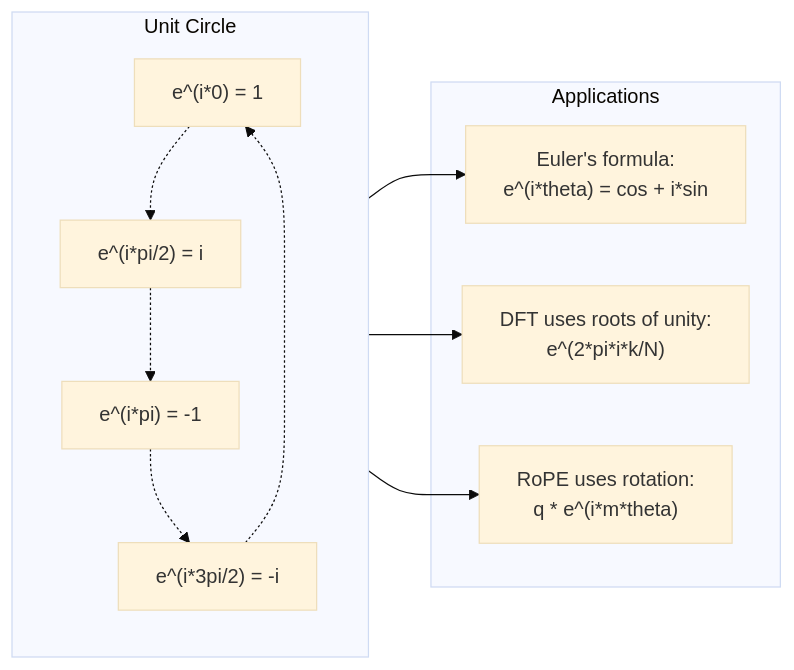
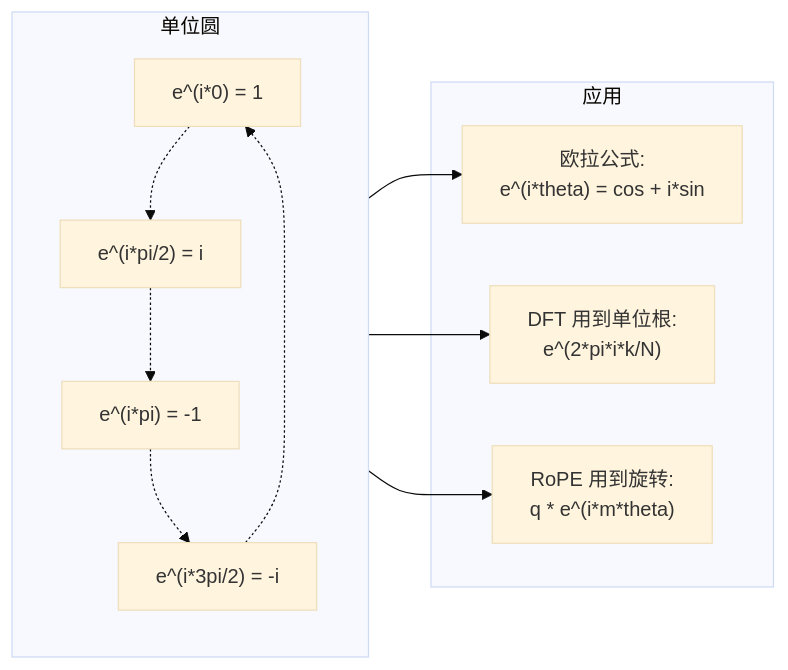
Before and after one commit to JerryC8080/ai-engineering-from-scratch-zh: the second of 2 diagrams in phases/01-math-foundations/19-complex-numbers/docs/zh.md, drawn with Mermaid (base theme). The commit also changed other lines of this file and 156 other files, not shown here.

First line of the commit message:
i18n(zh): translate mermaid diagram labels in 157 lesson zh.md

````diff
--- a/phases/01-math-foundations/19-complex-numbers/docs/zh.md
+++ b/phases/01-math-foundations/19-complex-numbers/docs/zh.md
@@ -253,18 +253,18 @@
 ```mermaid
 graph LR
-    subgraph "Unit Circle"
+    subgraph "单位圆"
         direction TB
         U1["e^(i*0) = 1"] -.-> U2["e^(i*pi/2) = i"]
         U2 -.-> U3["e^(i*pi) = -1"]
         U3 -.-> U4["e^(i*3pi/2) = -i"]
         U4 -.-> U1
     end
-    subgraph "Applications"
-        A1["Euler's formula:<br/>e^(i*theta) = cos + i*sin"]
-        A2["DFT uses roots of unity:<br/>e^(2*pi*i*k/N)"]
-        A3["RoPE uses rotation:<br/>q * e^(i*m*theta)"]
+    subgraph "应用"
+        A1["欧拉公式:<br/>e^(i*theta) = cos + i*sin"]
+        A2["DFT 用到单位根:<br/>e^(2*pi*i*k/N)"]
+        A3["RoPE 用到旋转:<br/>q * e^(i*m*theta)"]
     end
     U1 --> A1
     U1 --> A2
     U1 --> A3
 ```
````
